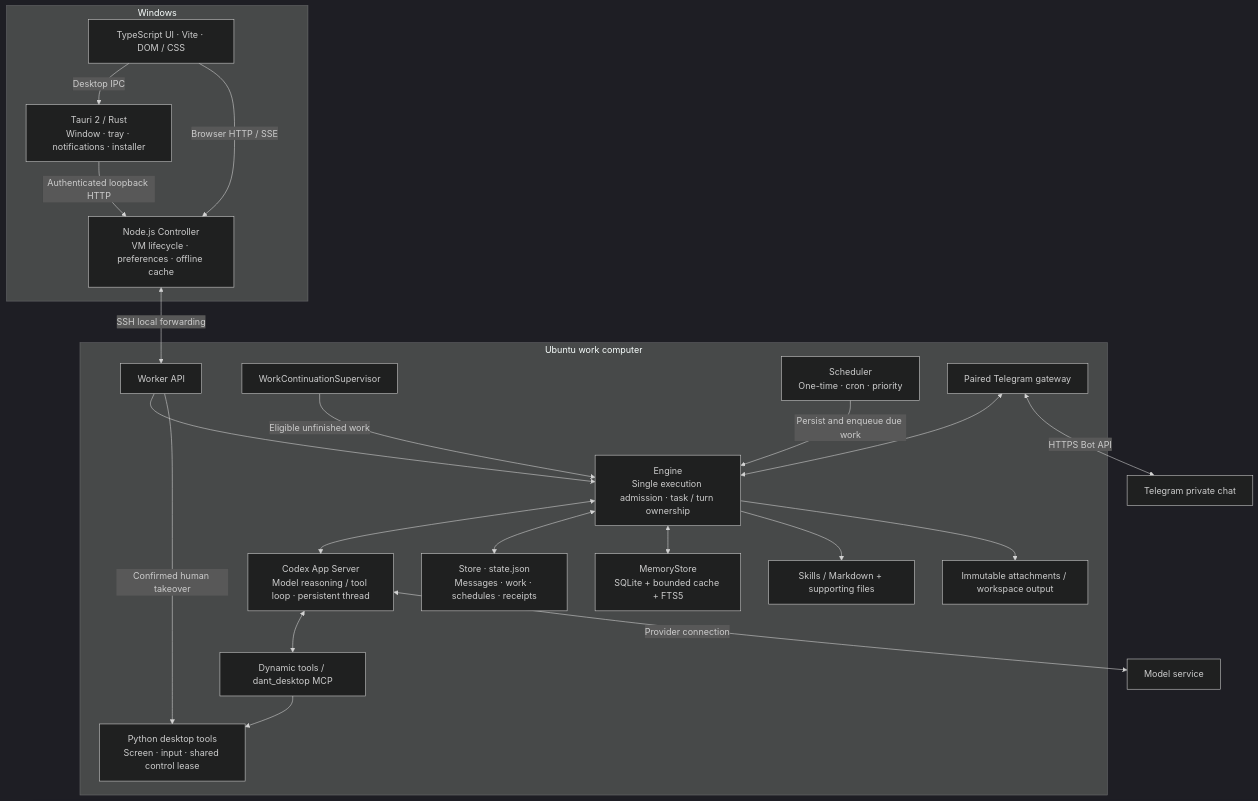
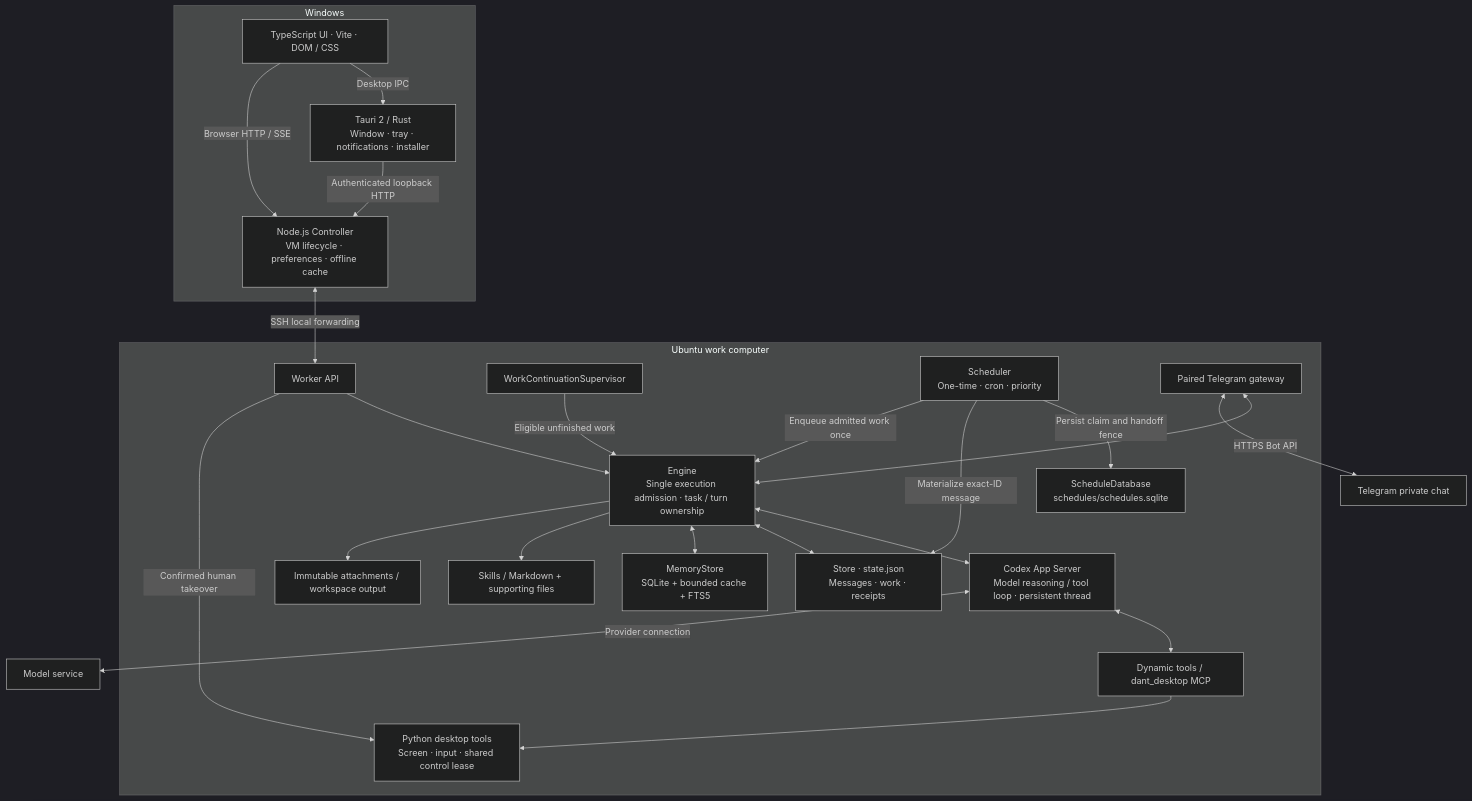
The first of 5 diagrams in docs/architecture.md (Stephen-Sim/dant), drawn with Mermaid (dark theme) before and after one commit. The commit also changed other lines of this file and 36 other files, not shown here.

````diff
--- a/docs/architecture.md
+++ b/docs/architecture.md
@@ -9,40 +9,43 @@
 ```mermaid
 flowchart TB
   subgraph Windows
     UI[TypeScript UI · Vite · DOM / CSS]
     Native[Tauri 2 / Rust<br/>Window · tray · notifications · installer]
     Controller[Node.js Controller<br/>VM lifecycle · preferences · offline cache]
     UI -->|Desktop IPC| Native
     Native -->|Authenticated loopback HTTP| Controller
     UI -->|Browser HTTP / SSE| Controller
   end
   subgraph Ubuntu work computer
     Worker[Worker API]
     Engine[Engine<br/>Single execution admission · task / turn ownership]
     Heartbeat[WorkContinuationSupervisor]
     Scheduler[Scheduler<br/>One-time · cron · priority]
     Codex[Codex App Server<br/>Model reasoning / tool loop · persistent thread]
     Tools[Dynamic tools / dant_desktop MCP]
     Desktop[Python desktop tools<br/>Screen · input · shared control lease]
-    State[Store · state.json<br/>Messages · work · schedules · receipts]
+    State[Store · state.json<br/>Messages · work · receipts]
+    ScheduleDB[ScheduleDatabase<br/>schedules/schedules.sqlite]
     Memory[MemoryStore<br/>SQLite + bounded cache + FTS5]
     Skills[Skills / Markdown + supporting files]
     Files[Immutable attachments / workspace output]
     Telegram[Paired Telegram gateway]
     Worker --> Engine
     Heartbeat -->|Eligible unfinished work| Engine
-    Scheduler -->|Persist and enqueue due work| Engine
+    Scheduler -->|Persist claim and handoff fence| ScheduleDB
+    Scheduler -->|Materialize exact-ID message| State
+    Scheduler -->|Enqueue admitted work once| Engine
     Telegram <--> Engine
     Engine <--> Codex
     Codex <--> Tools
     Tools --> Desktop
     Engine <--> State
     Engine <--> Memory
     Engine --> Skills
     Engine --> Files
     Worker -->|Confirmed human takeover| Desktop
   end
   Controller <-->|SSH local forwarding| Worker
   Codex <-->|Provider connection| Models[Model service]
   Telegram <-->|HTTPS Bot API| Phone[Telegram private chat]
 ```
````
